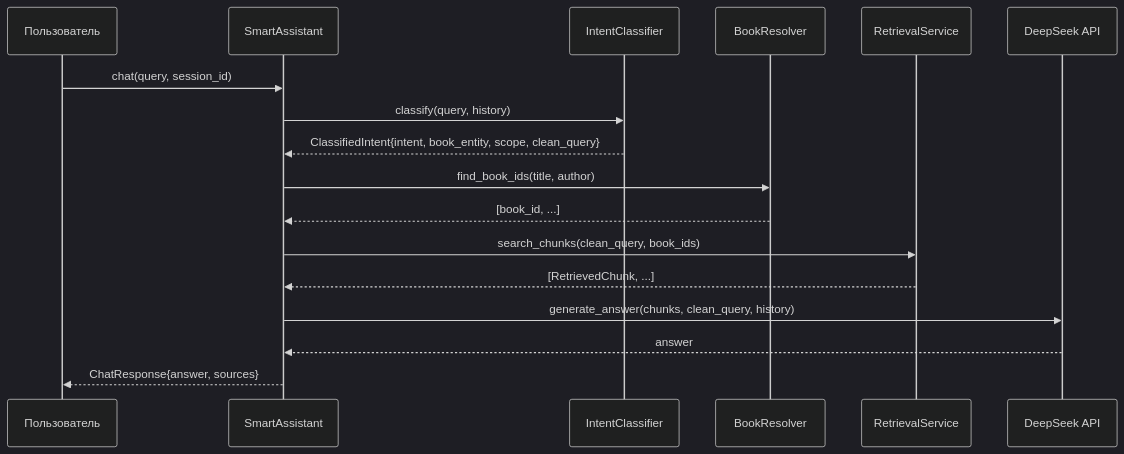
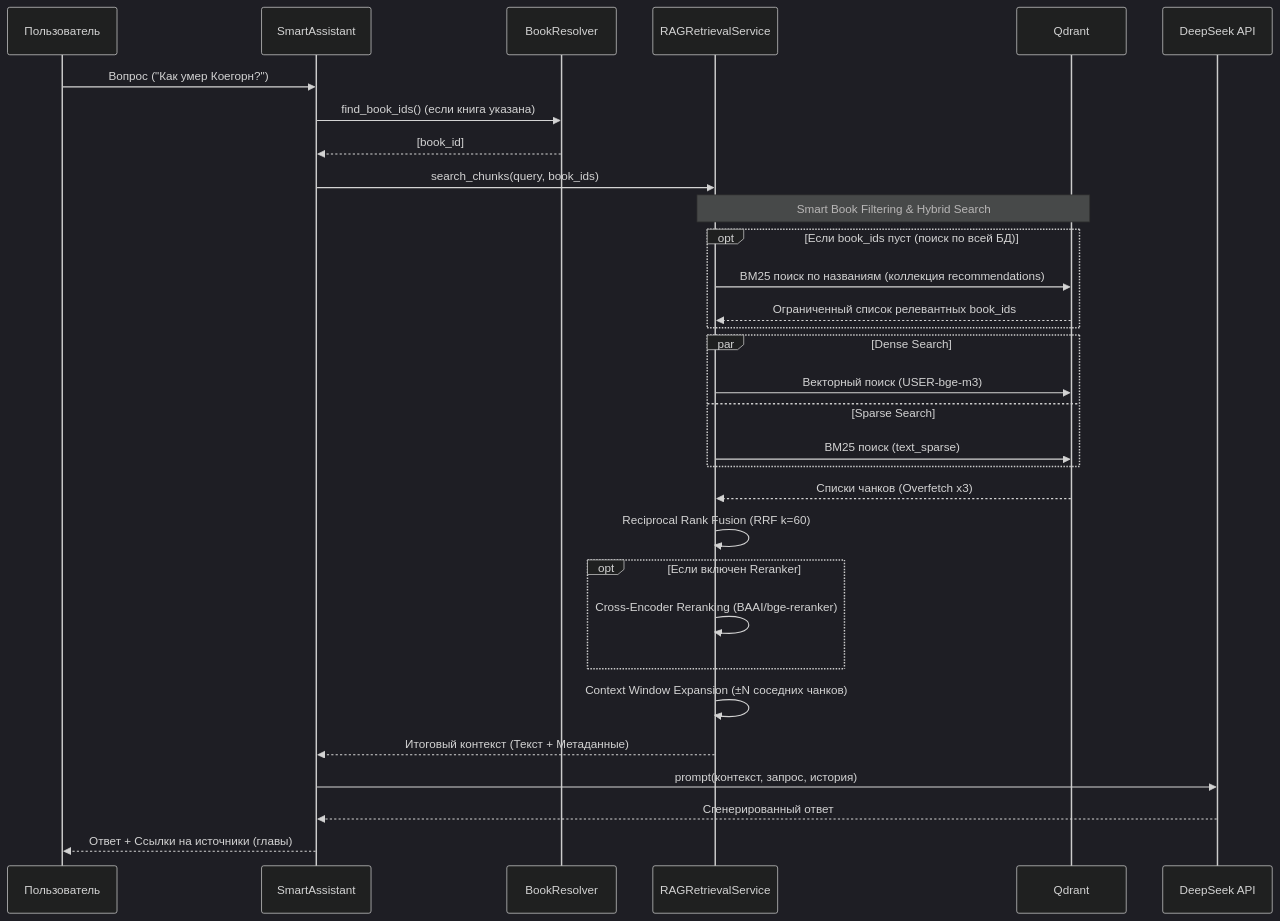
Before and after one commit to Pavel-Skibin/DigitalLibrary: the second of 3 diagrams in docs/ALGORITHMS.md, drawn with Mermaid (dark theme). The commit also changed other lines of this file and 21 other files, not shown here.

````diff
--- a/docs/ALGORITHMS.md
+++ b/docs/ALGORITHMS.md
@@ -64,20 +49,41 @@
 ```mermaid
 sequenceDiagram
     participant U as Пользователь
     participant SA as SmartAssistant
-    participant IC as IntentClassifier
     participant BR as BookResolver
-    participant RS as RetrievalService
+    participant RS as RAGRetrievalService
+    participant QD as Qdrant
     participant LLM as DeepSeek API
 
-    U->>SA: chat(query, session_id)
-    SA->>IC: classify(query, history)
-    IC-->>SA: ClassifiedIntent{intent, book_entity, scope, clean_query}
-    SA->>BR: find_book_ids(title, author)
-    BR-->>SA: [book_id, ...]
-    SA->>RS: search_chunks(clean_query, book_ids)
-    RS-->>SA: [RetrievedChunk, ...]
-    SA->>LLM: generate_answer(chunks, clean_query, history)
-    LLM-->>SA: answer
-    SA-->>U: ChatResponse{answer, sources}
+    U->>SA: Вопрос ("Как умер Коегорн?")
+    SA->>BR: find_book_ids() (если книга указана)
+    BR-->>SA: [book_id]
+    
+    SA->>RS: search_chunks(query, book_ids)
+    
+    Note over RS,QD: Smart Book Filtering & Hybrid Search
+    opt Если book_ids пуст (поиск по всей БД)
+        RS->>QD: BM25 поиск по названиям (коллекция recommendations)
+        QD-->>RS: Ограниченный список релевантных book_ids
+    end
+    
+    par Dense Search
+        RS->>QD: Векторный поиск (USER-bge-m3)
+    and Sparse Search
+        RS->>QD: BM25 поиск (text_sparse)
+    end
+    
+    QD-->>RS: Списки чанков (Overfetch x3)
+    RS->>RS: Reciprocal Rank Fusion (RRF k=60)
+    
+    opt Если включен Reranker
+        RS->>RS: Cross-Encoder Reranking (BAAI/bge-reranker)
+    end
+    
+    RS->>RS: Context Window Expansion (±N соседних чанков)
+    RS-->>SA: Итоговый контекст (Текст + Метаданные)
+    
+    SA->>LLM: prompt(контекст, запрос, история)
+    LLM-->>SA: Сгенерированный ответ
+    SA-->>U: Ответ + Ссылки на источники (главы)
 ```
````
